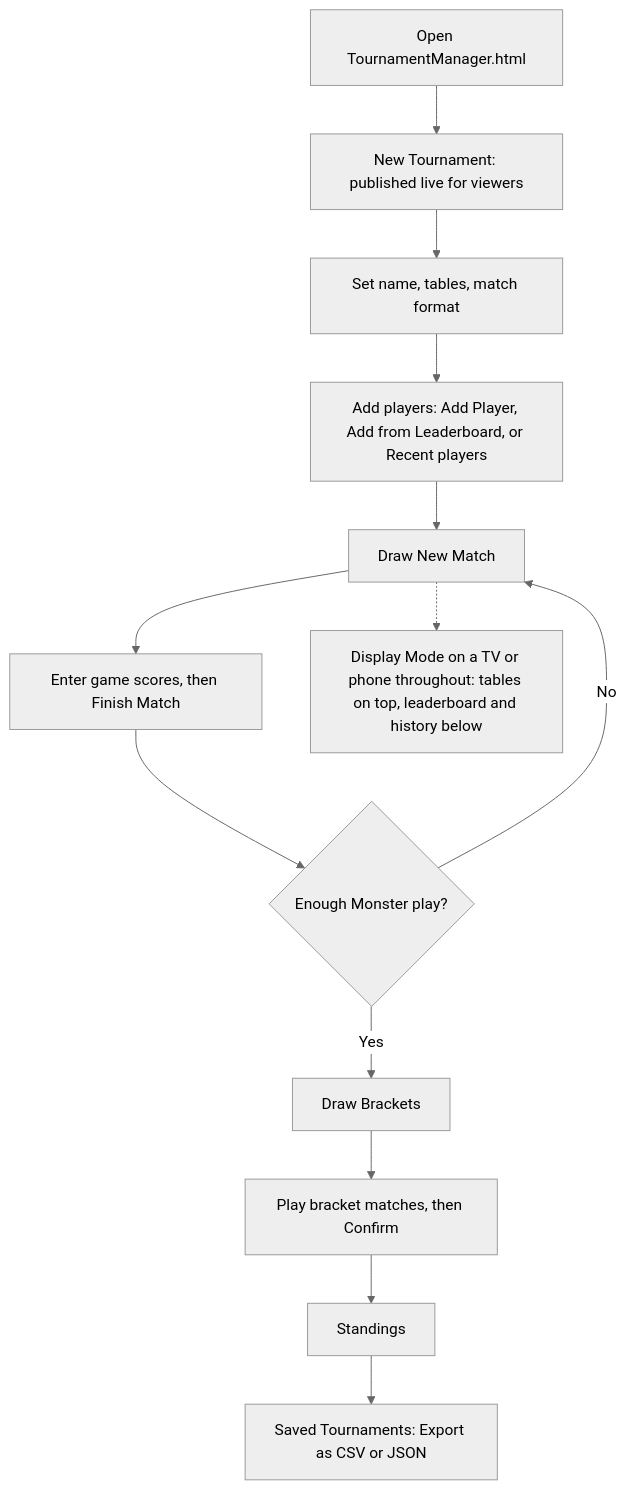
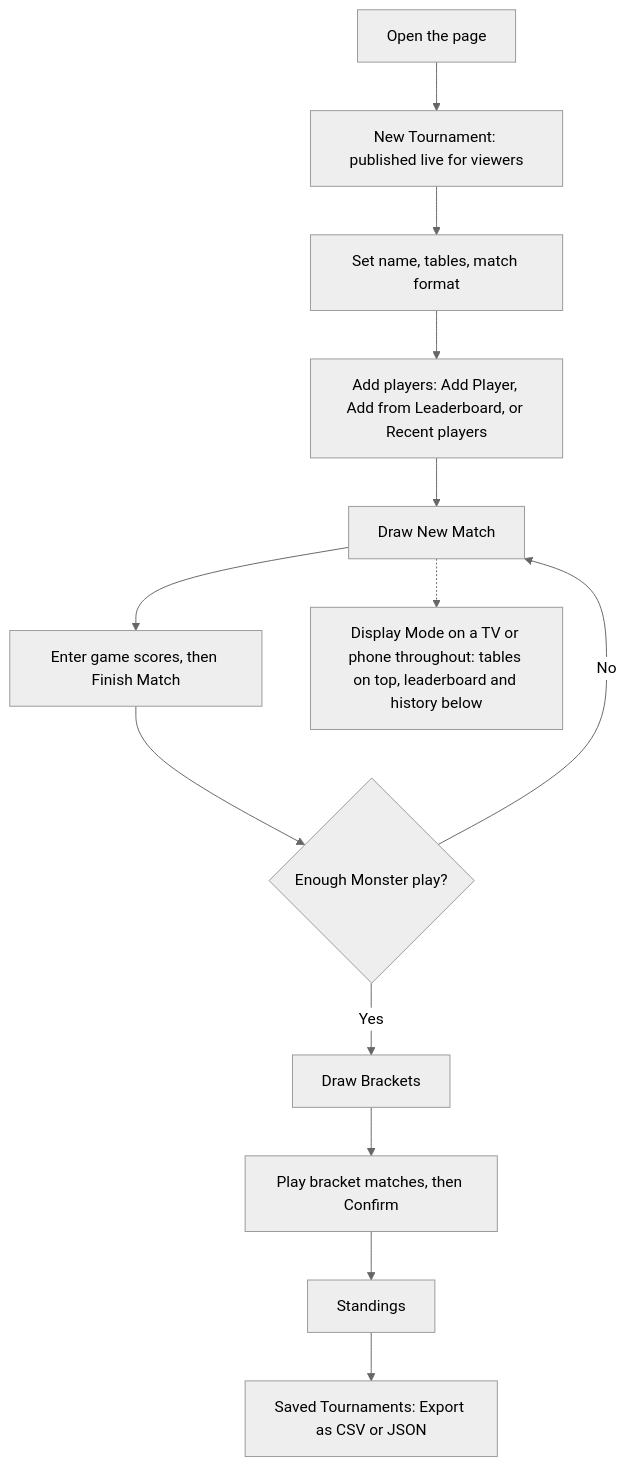
The second of 7 diagrams in README.md (DT209/foos-tourney), drawn with Mermaid (neutral theme) before and after one commit. The commit also changed other lines of this file and 3 other files, not shown here.

First line of the commit message:
Ship the page as dist/index.html

````diff
--- a/README.md
+++ b/README.md
@@ -51,15 +51,15 @@
 ```mermaid
 flowchart TD
-    A["Open TournamentManager.html"] --> NT["New Tournament: published live for viewers"]
+    A["Open the page"] --> NT["New Tournament: published live for viewers"]
     NT --> B["Set name, tables, match format"]
     B --> C["Add players: Add Player, Add from Leaderboard, or Recent players"]
     C --> D["Draw New Match"]
     D --> E["Enter game scores, then Finish Match"]
     E --> F{"Enough Monster play?"}
     F -- No --> D
     F -- Yes --> G["Draw Brackets"]
     G --> H["Play bracket matches, then Confirm"]
     H --> I["Standings"]
     I --> J["Saved Tournaments: Export as CSV or JSON"]
     D -.-> TV["Display Mode on a TV or phone throughout: tables on top, leaderboard and history below"]
 ```
````
